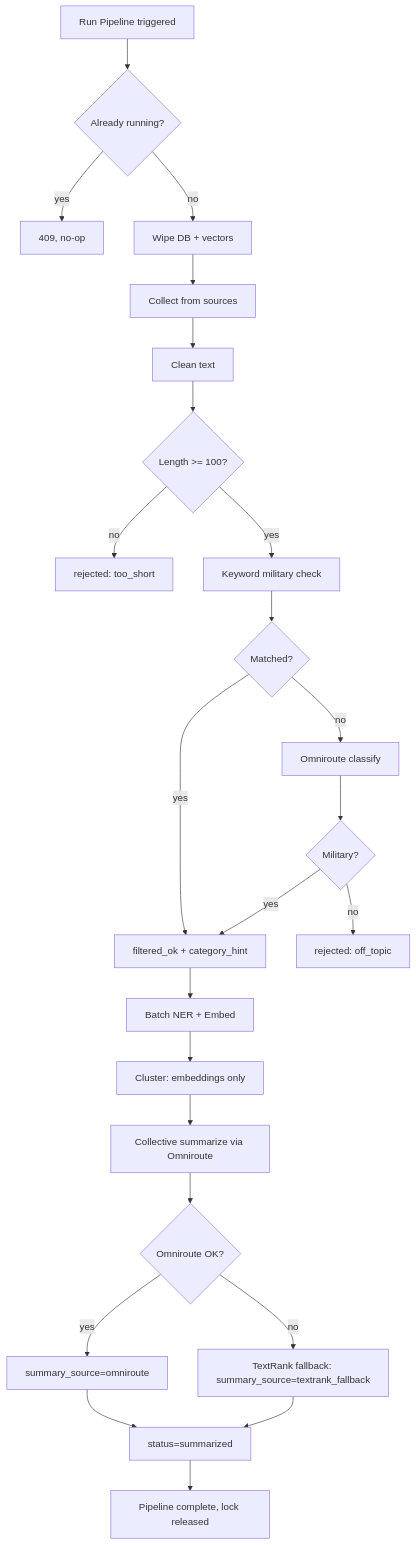
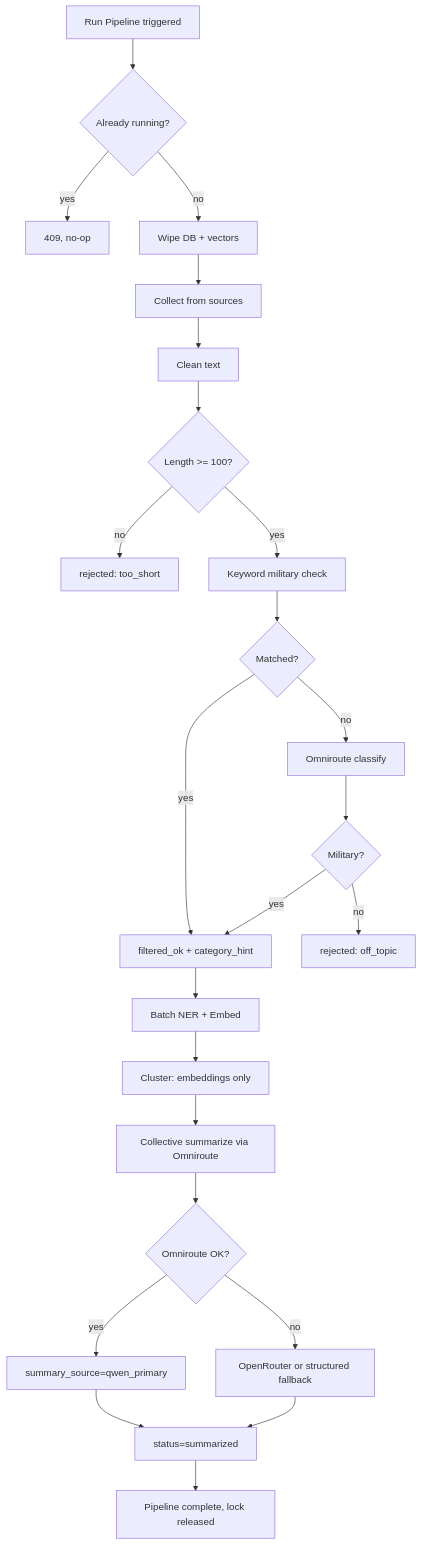
The fifth of 6 diagrams in docs/10-uml-diagrams.md (Charanraju360/military-v2), drawn with Mermaid before and after one commit. The commit also changed other lines of this file and 45 other files, not shown here.

````diff
--- a/docs/10-uml-diagrams.md
+++ b/docs/10-uml-diagrams.md
@@ -156,26 +158,26 @@
 ```mermaid
 flowchart TD
     A[Run Pipeline triggered] --> B{Already running?}
     B -- yes --> Z[409, no-op]
     B -- no --> C[Wipe DB + vectors]
     C --> D[Collect from sources]
     D --> E[Clean text]
     E --> F{Length >= 100?}
     F -- no --> G[rejected: too_short]
     F -- yes --> H[Keyword military check]
     H --> I{Matched?}
     I -- yes --> J[filtered_ok + category_hint]
     I -- no --> K[Omniroute classify]
     K --> L{Military?}
     L -- no --> M[rejected: off_topic]
     L -- yes --> J
     J --> N[Batch NER + Embed]
     N --> O[Cluster: embeddings only]
     O --> P[Collective summarize via Omniroute]
     P --> Q{Omniroute OK?}
-    Q -- yes --> R[summary_source=omniroute]
-    Q -- no --> S[TextRank fallback: summary_source=textrank_fallback]
+    Q -- yes --> R[summary_source=qwen_primary]
+    Q -- no --> S[OpenRouter or structured fallback]
     R --> T[status=summarized]
     S --> T
     T --> U[Pipeline complete, lock released]
 ```
````
